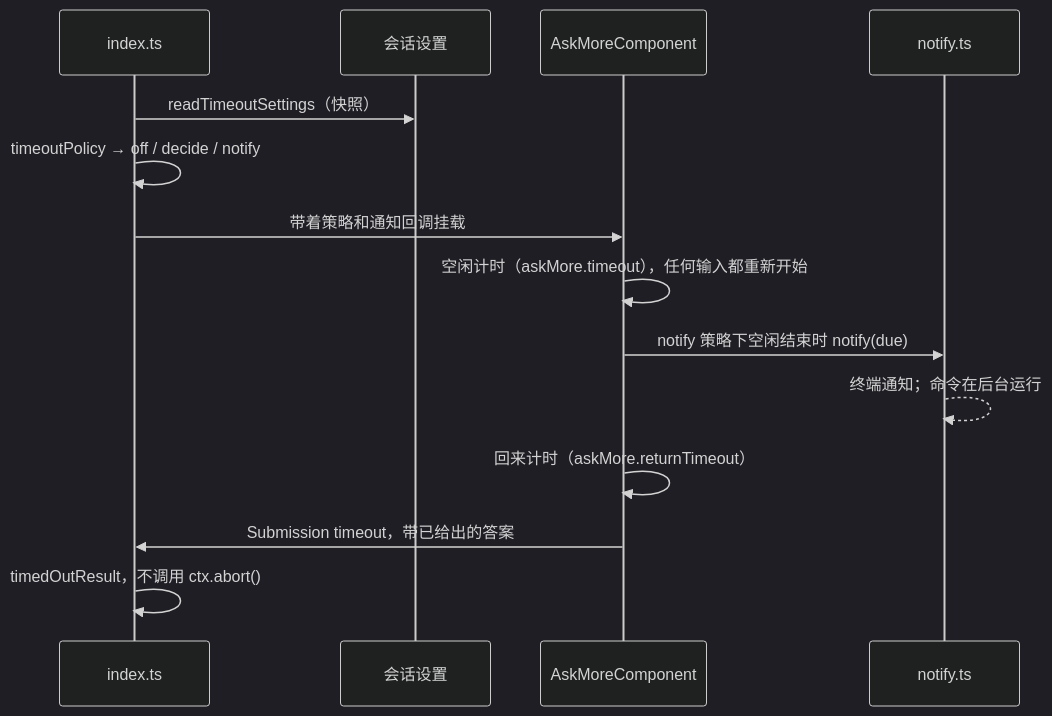
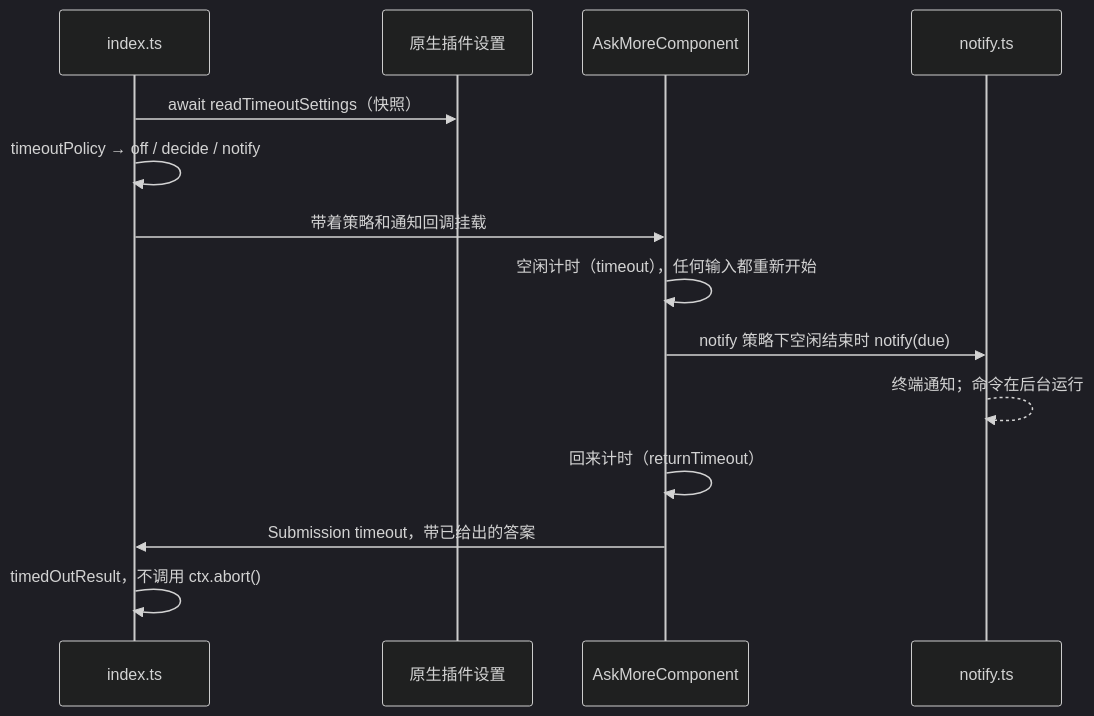
The second of 2 diagrams in docs/design.zh-CN.md (oh-my-omp/omp-ask-more), drawn with Mermaid (dark theme) before and after one commit. The commit also changed other lines of this file and 13 other files, not shown here.

Commit message:
fix: publish ask topics and native plugin settings

````diff
--- a/docs/design.zh-CN.md
+++ b/docs/design.zh-CN.md
@@ -120,16 +120,16 @@
 ```mermaid
 sequenceDiagram
   participant I as index.ts
-  participant S as 会话设置
+  participant S as 原生插件设置
   participant C as AskMoreComponent
   participant N as notify.ts
-  I->>S: readTimeoutSettings（快照）
+  I->>S: await readTimeoutSettings（快照）
   I->>I: timeoutPolicy → off / decide / notify
   I->>C: 带着策略和通知回调挂载
-  C->>C: 空闲计时（askMore.timeout），任何输入都重新开始
+  C->>C: 空闲计时（timeout），任何输入都重新开始
   C->>N: notify 策略下空闲结束时 notify(due)
   N-->>N: 终端通知；命令在后台运行
-  C->>C: 回来计时（askMore.returnTimeout）
+  C->>C: 回来计时（returnTimeout）
   C->>I: Submission timeout，带已给出的答案
   I->>I: timedOutResult，不调用 ctx.abort()
 ```
````
